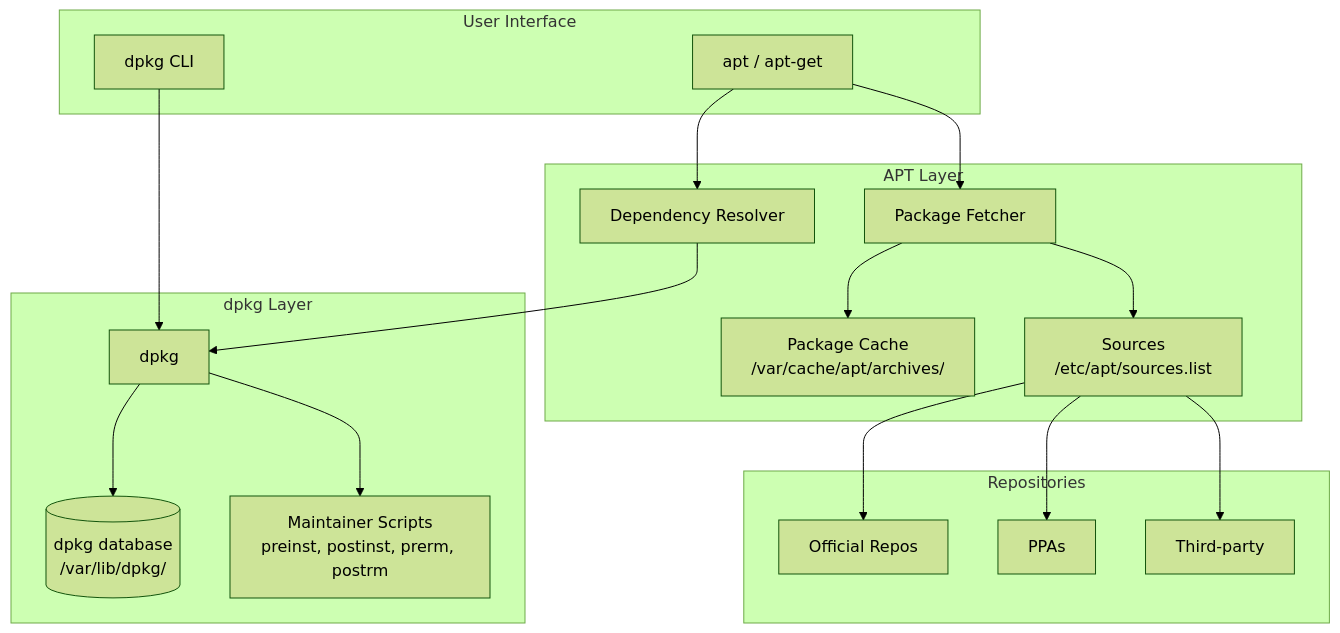
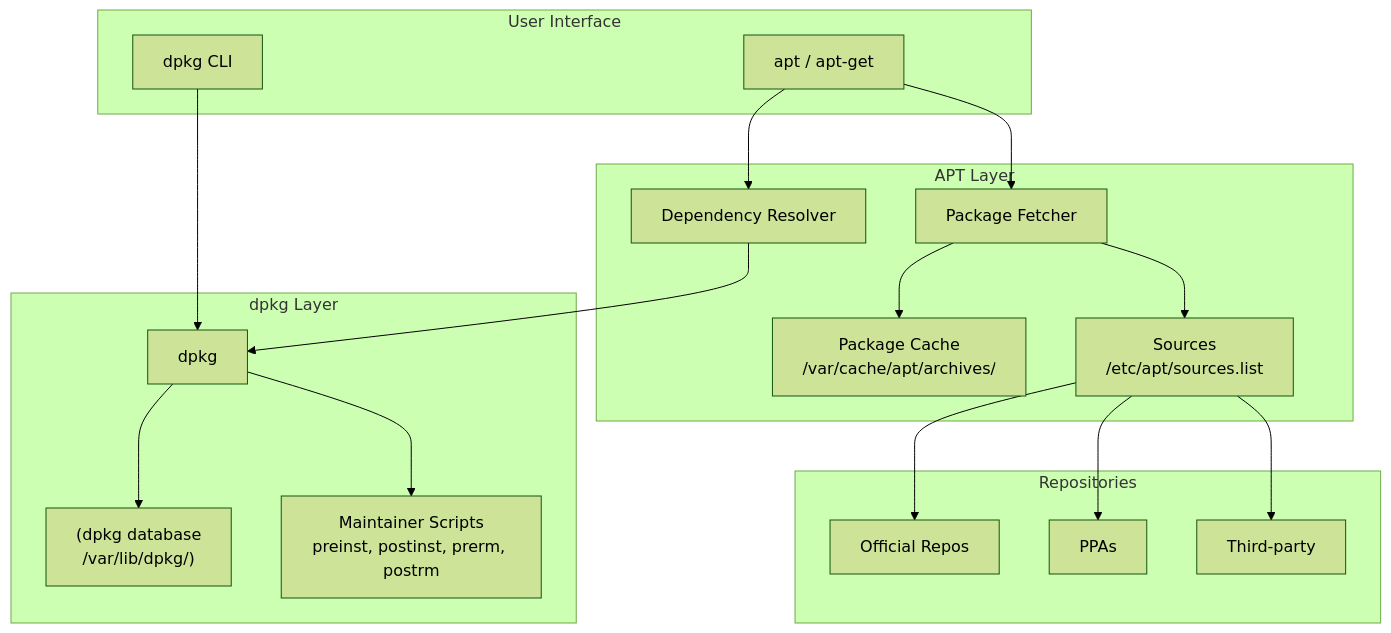
Before and after one commit to Abhinav-Kumar012/lb2: the diagram in src/admin/packages/dpkg-apt.md, drawn with Mermaid (forest theme). The commit also changed 71 other files, not shown here.

First line of the commit message:
fix: quote all mermaid labels with special chars

````diff
--- a/src/admin/packages/dpkg-apt.md
+++ b/src/admin/packages/dpkg-apt.md
@@ -482,35 +482,35 @@
 ```mermaid
 graph TB
     subgraph "User Interface"
         APT[apt / apt-get]
         DPKG_CLI[dpkg CLI]
     end
     subgraph "APT Layer"
         RESOLVER[Dependency Resolver]
         FETCHER[Package Fetcher]
-        CACHE[Package Cache<br/>/var/cache/apt/archives/]
-        SOURCES[Sources<br/>/etc/apt/sources.list]
+        CACHE["Package Cache<br/>/var/cache/apt/archives/"]
+        SOURCES["Sources<br/>/etc/apt/sources.list"]
     end
     subgraph "dpkg Layer"
         DPKG[dpkg]
-        DB[(dpkg database<br/>/var/lib/dpkg/)]
-        SCRIPTS[Maintainer Scripts<br/>preinst, postinst, prerm, postrm]
+        DB["(dpkg database<br/>/var/lib/dpkg/)"]
+        SCRIPTS["Maintainer Scripts<br/>preinst, postinst, prerm, postrm"]
     end
     subgraph "Repositories"
         REPO1[Official Repos]
         REPO2[PPAs]
         REPO3[Third-party]
     end
 
     APT --> RESOLVER
     APT --> FETCHER
     DPKG_CLI --> DPKG
     RESOLVER --> DPKG
     FETCHER --> CACHE
     FETCHER --> SOURCES
     SOURCES --> REPO1
     SOURCES --> REPO2
     SOURCES --> REPO3
     DPKG --> DB
     DPKG --> SCRIPTS
 ```
````
